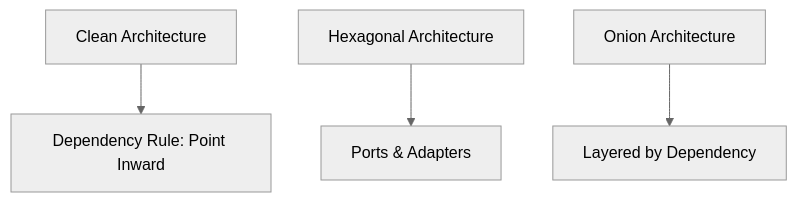
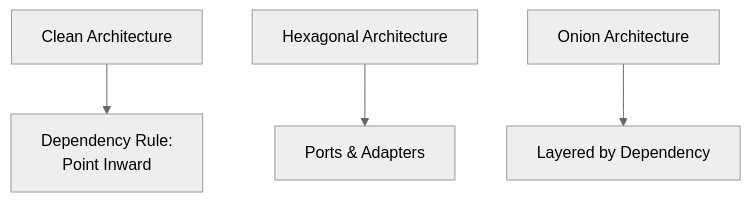
One commit to Mrnobody102/it-interview-prep changed the first of 4 diagrams in src/content/vi/he-thong/clean-architecture.md. Above: the diagram before and after it, drawn with Mermaid (neutral theme). The commit also changed other lines of this file and 62 other files, not shown here.

````diff
--- a/src/content/vi/he-thong/clean-architecture.md
+++ b/src/content/vi/he-thong/clean-architecture.md
@@ -9,10 +7,10 @@
 ```mermaid
 flowchart TD
     CA["Clean Architecture"]
     HA["Hexagonal Architecture"]
     OA["Onion Architecture"]
 
-    CA --> DEP["Dependency Rule: Point Inward"]
+    CA --> DEP["Dependency Rule:<br>Point Inward"]
     HA --> PORTS["Ports & Adapters"]
     OA --> LAYER["Layered by Dependency"]
 ```
````
